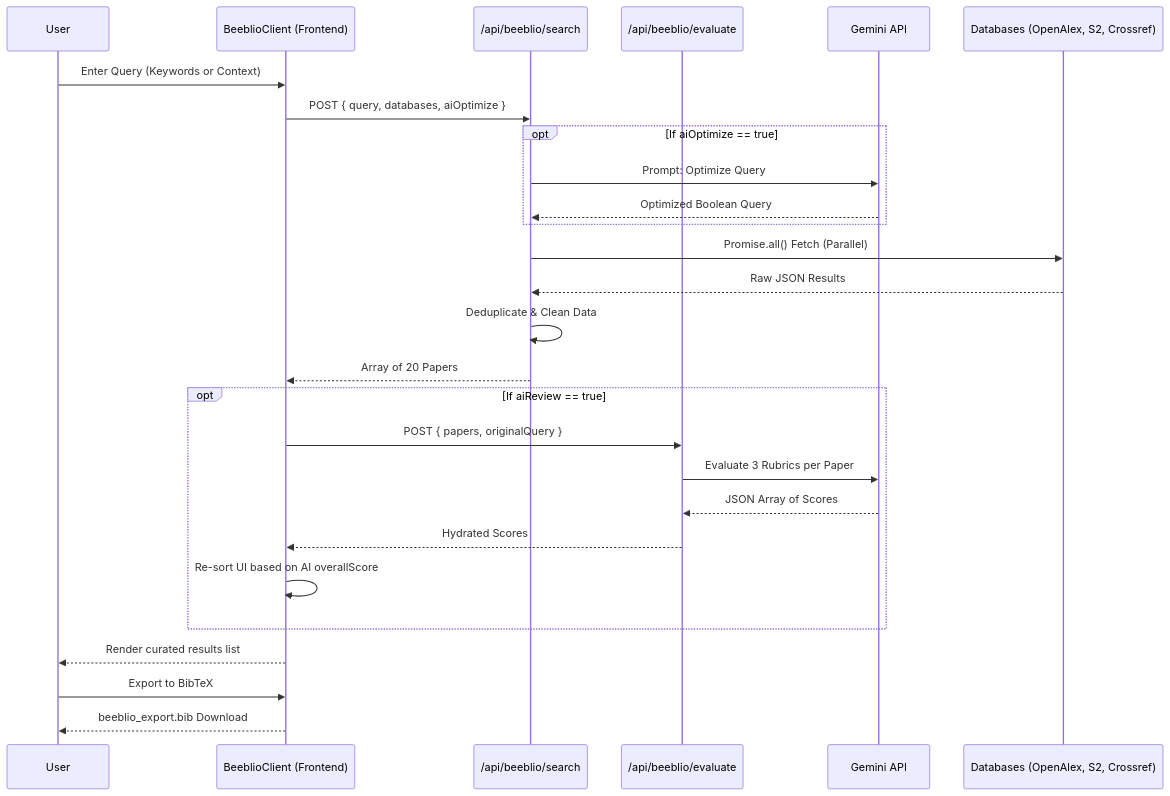
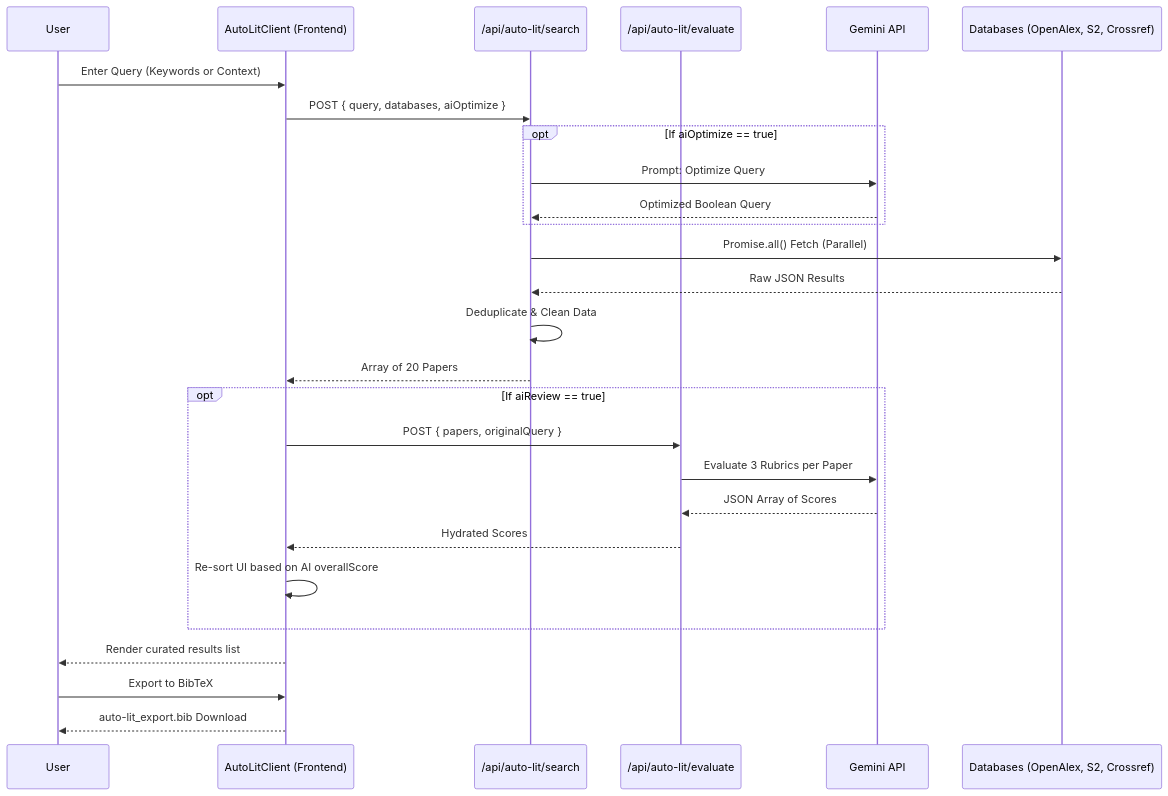
One commit to alharkan7/alhrkn-apps changed the diagram in docs/dev-plan.md. Above: the diagram before and after it, drawn with Mermaid. The commit also changed other lines of this file and 25 other files, not shown here.

````diff
--- a/docs/dev-plan.md
+++ b/docs/dev-plan.md
@@ -15,32 +15,32 @@
 ```mermaid
 sequenceDiagram
     participant U as User
-    participant UI as BeeblioClient (Frontend)
-    participant S_API as /api/beeblio/search
-    participant E_API as /api/beeblio/evaluate
+    participant UI as AutoLitClient (Frontend)
+    participant S_API as /api/auto-lit/search
+    participant E_API as /api/auto-lit/evaluate
     participant GEMINI as Gemini API
     participant DB as Databases (OpenAlex, S2, Crossref)
 
     U->>UI: Enter Query (Keywords or Context)
     UI->>S_API: POST { query, databases, aiOptimize }
     opt If aiOptimize == true
         S_API->>GEMINI: Prompt: Optimize Query
         GEMINI-->>S_API: Optimized Boolean Query
     end
     S_API->>DB: Promise.all() Fetch (Parallel)
     DB-->>S_API: Raw JSON Results
     S_API->>S_API: Deduplicate & Clean Data
     S_API-->>UI: Array of 20 Papers
 
     opt If aiReview == true
         UI->>E_API: POST { papers, originalQuery }
         E_API->>GEMINI: Evaluate 3 Rubrics per Paper
         GEMINI-->>E_API: JSON Array of Scores
         E_API-->>UI: Hydrated Scores
         UI->>UI: Re-sort UI based on AI overallScore
     end
     
     UI-->>U: Render curated results list
     U->>UI: Export to BibTeX
-    UI-->>U: beeblio_export.bib Download
+    UI-->>U: auto-lit_export.bib Download
 ```
````
